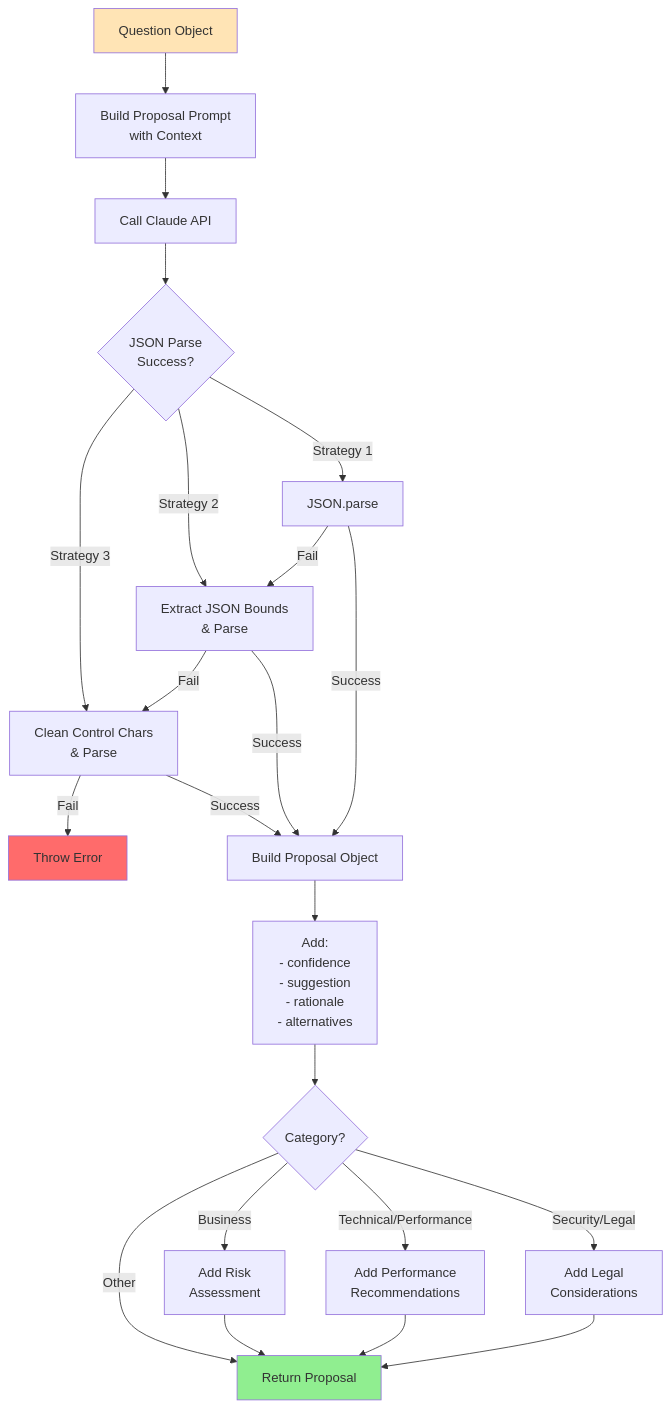
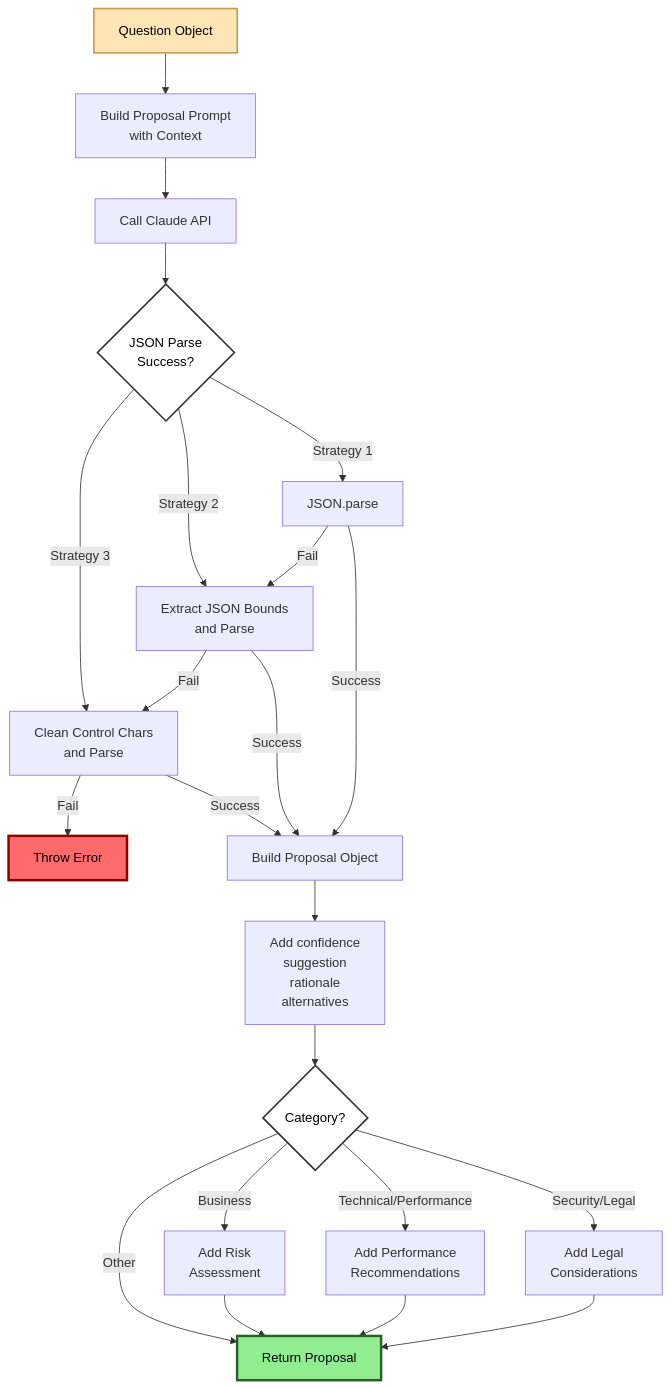
The sixth of 10 diagrams in poc-step6/docs/architecture-flow.md (ApexChef/backlog-chef), drawn with Mermaid before and after one commit. The commit also changed other lines of this file, not shown here.

First line of the commit message:
docs: Improve diagram contrast and readability

````diff
--- a/poc-step6/docs/architecture-flow.md
+++ b/poc-step6/docs/architecture-flow.md
@@ -204,33 +207,35 @@
 ```mermaid
 graph TB
     Start[Question Object] --> BuildPrompt[Build Proposal Prompt<br/>with Context]
     BuildPrompt --> CallClaude[Call Claude API]
 
     CallClaude --> Parse{JSON Parse<br/>Success?}
     Parse -->|Strategy 1| DirectParse[JSON.parse]
     DirectParse -->|Fail| ExtractBounds
-    Parse -->|Strategy 2| ExtractBounds[Extract JSON Bounds<br/>& Parse]
+    Parse -->|Strategy 2| ExtractBounds[Extract JSON Bounds<br/>and Parse]
     ExtractBounds -->|Fail| CleanChars
-    Parse -->|Strategy 3| CleanChars[Clean Control Chars<br/>& Parse]
+    Parse -->|Strategy 3| CleanChars[Clean Control Chars<br/>and Parse]
     CleanChars -->|Fail| Error[Throw Error]
 
     DirectParse -->|Success| BuildProposal
     ExtractBounds -->|Success| BuildProposal
     CleanChars -->|Success| BuildProposal
 
-    BuildProposal[Build Proposal Object] --> AddFields[Add:<br/>- confidence<br/>- suggestion<br/>- rationale<br/>- alternatives]
+    BuildProposal[Build Proposal Object] --> AddFields[Add confidence<br/>suggestion<br/>rationale<br/>alternatives]
 
     AddFields --> CheckCategory{Category?}
     CheckCategory -->|Security/Legal| AddLegal[Add Legal<br/>Considerations]
     CheckCategory -->|Technical/Performance| AddPerf[Add Performance<br/>Recommendations]
     CheckCategory -->|Business| AddRisk[Add Risk<br/>Assessment]
 
     AddLegal --> Return[Return Proposal]
     AddPerf --> Return
     AddRisk --> Return
     CheckCategory -->|Other| Return
 
-    style Start fill:#FFE4B5
-    style Return fill:#90EE90
-    style Error fill:#FF6B6B
+    style Start fill:#FFE4B5,stroke:#cd9b4d,stroke-width:2px,color:#000
+    style Return fill:#90EE90,stroke:#2d5f2d,stroke-width:3px,color:#000
+    style Error fill:#FF6B6B,stroke:#8b0000,stroke-width:3px,color:#000
+    style Parse fill:#fff,stroke:#333,stroke-width:2px,color:#000
+    style CheckCategory fill:#fff,stroke:#333,stroke-width:2px,color:#000
 ```
````
